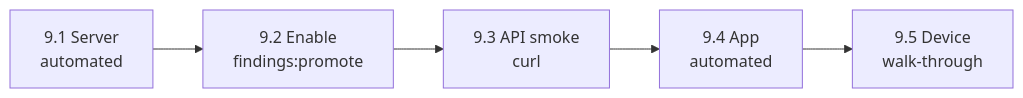
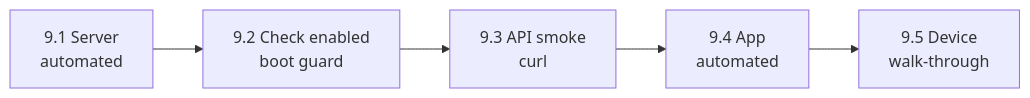
Before and after one commit to the-reciprocal-solutions/fusioneco-fieldops: the sixth of 6 diagrams in docs/snag-assistant.md, drawn with Mermaid. The commit also changed other lines of this file and 85 other files, not shown here.

````diff
--- a/docs/snag-assistant.md
+++ b/docs/snag-assistant.md
@@ -217,4 +238,4 @@
 ```mermaid
 flowchart LR
-  S1[9.1 Server<br/>automated] --> S2[9.2 Enable<br/>findings:promote] --> S3[9.3 API smoke<br/>curl] --> S4[9.4 App<br/>automated] --> S5[9.5 Device<br/>walk-through]
+  S1[9.1 Server<br/>automated] --> S2[9.2 Check enabled<br/>boot guard] --> S3[9.3 API smoke<br/>curl] --> S4[9.4 App<br/>automated] --> S5[9.5 Device<br/>walk-through]
 ```
````
